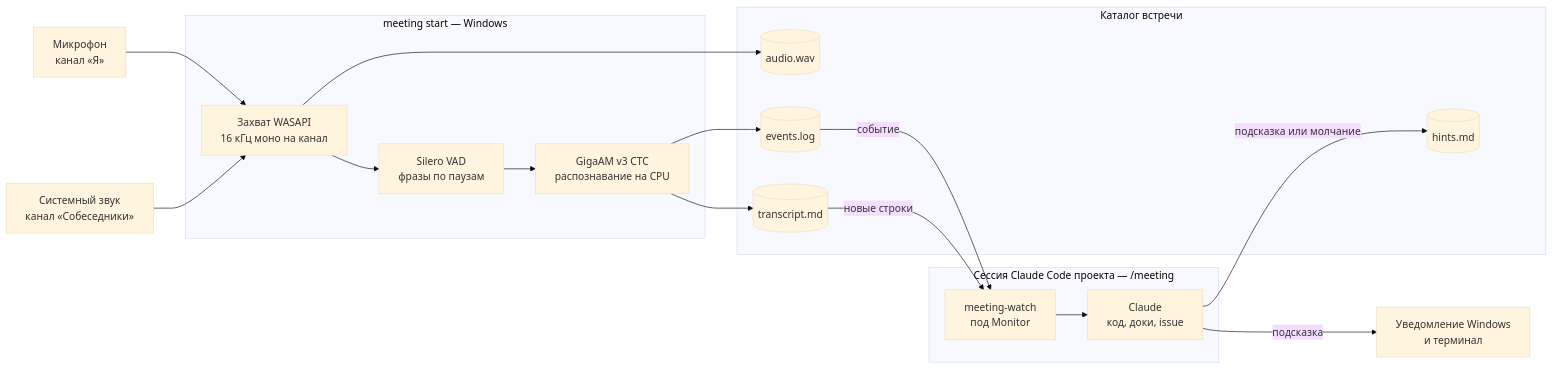
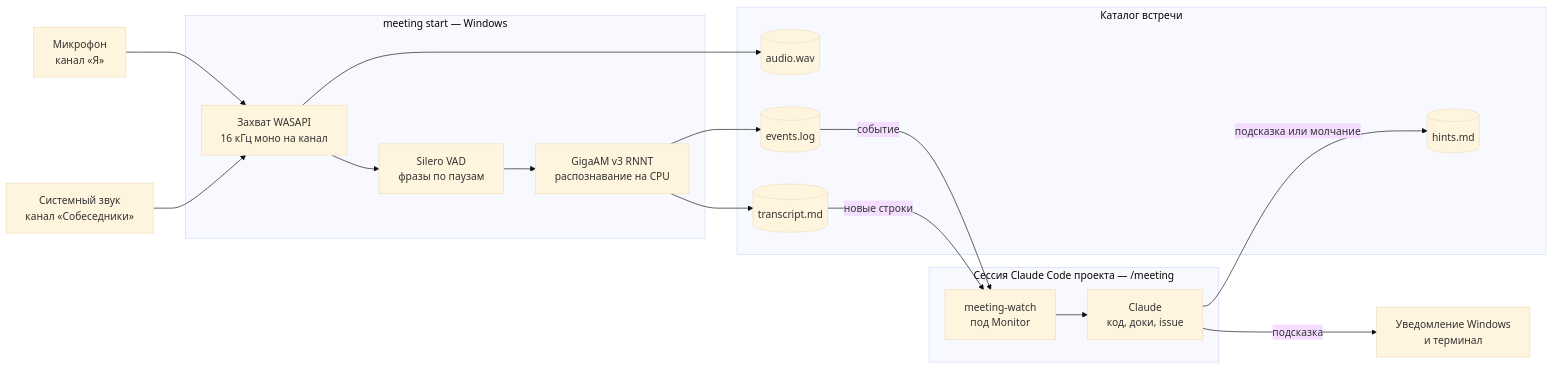
The first of 2 diagrams in docs/architecture.md (juk-777/MeetingAssistant), drawn with Mermaid (base theme) before and after one commit. The commit also changed other lines of this file and 4 other files, not shown here.

Commit message:
Замер RNNT против CTC на replay; решение, архитектура, плагин 0.2.7 (#39)

````diff
--- a/docs/architecture.md
+++ b/docs/architecture.md
@@ -8,37 +8,37 @@
 ```mermaid
 flowchart LR
     mic["Микрофон<br/>канал «Я»"]
     loopback["Системный звук<br/>канал «Собеседники»"]
 
     subgraph app["meeting start — Windows"]
         capture["Захват WASAPI<br/>16 кГц моно на канал"]
         vad["Silero VAD<br/>фразы по паузам"]
-        asr["GigaAM v3 CTC<br/>распознавание на CPU"]
+        asr["GigaAM v3 RNNT<br/>распознавание на CPU"]
     end
 
     subgraph folder["Каталог встречи"]
         wav[("audio.wav")]
         transcript[("transcript.md")]
         events[("events.log")]
         hints[("hints.md")]
     end
 
     subgraph session["Сессия Claude Code проекта — /meeting"]
         watch["meeting-watch<br/>под Monitor"]
         claude["Claude<br/>код, доки, issue"]
     end
 
     toast["Уведомление Windows<br/>и терминал"]
 
     mic --> capture
     loopback --> capture
     capture --> wav
     capture --> vad --> asr
     asr --> transcript
     asr --> events
     events -->|"событие"| watch
     transcript -->|"новые строки"| watch
     watch --> claude
     claude -->|"подсказка или молчание"| hints
     claude -->|"подсказка"| toast
 ```
````
